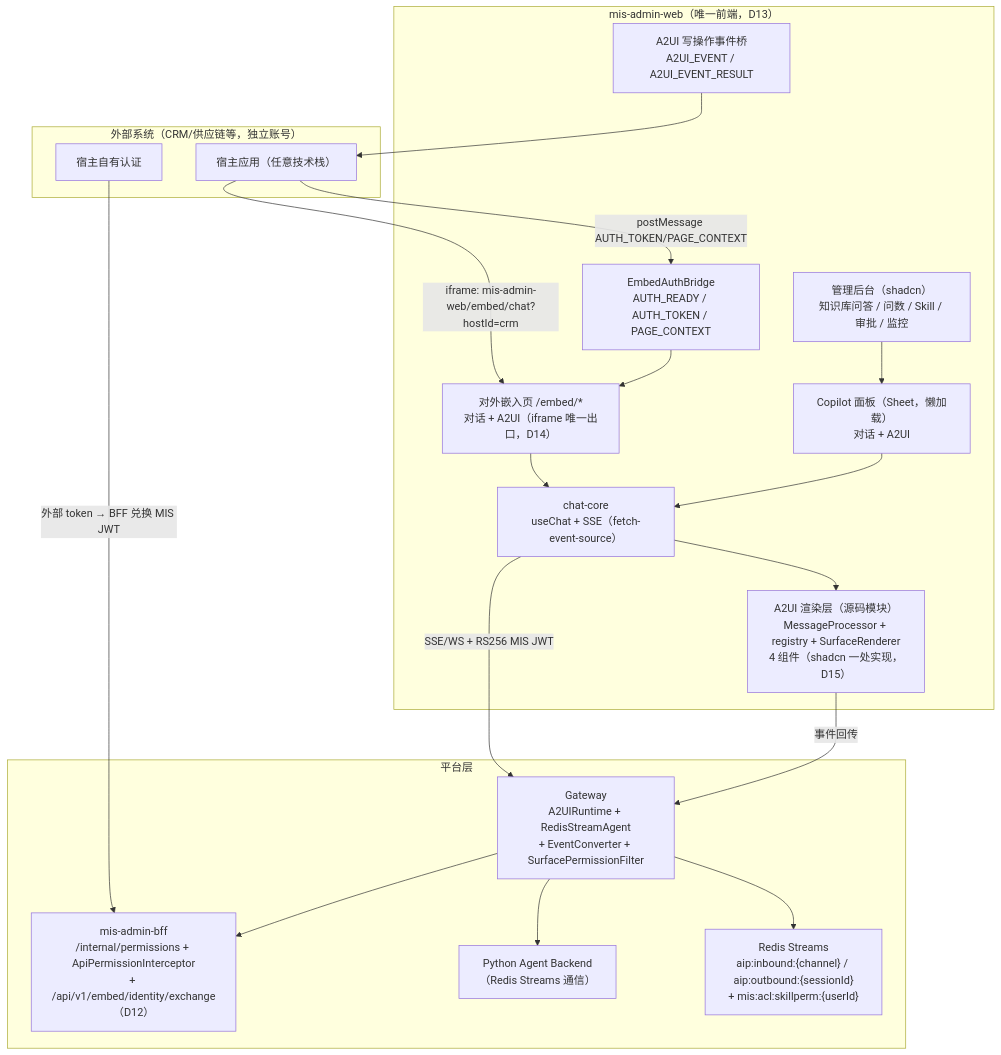
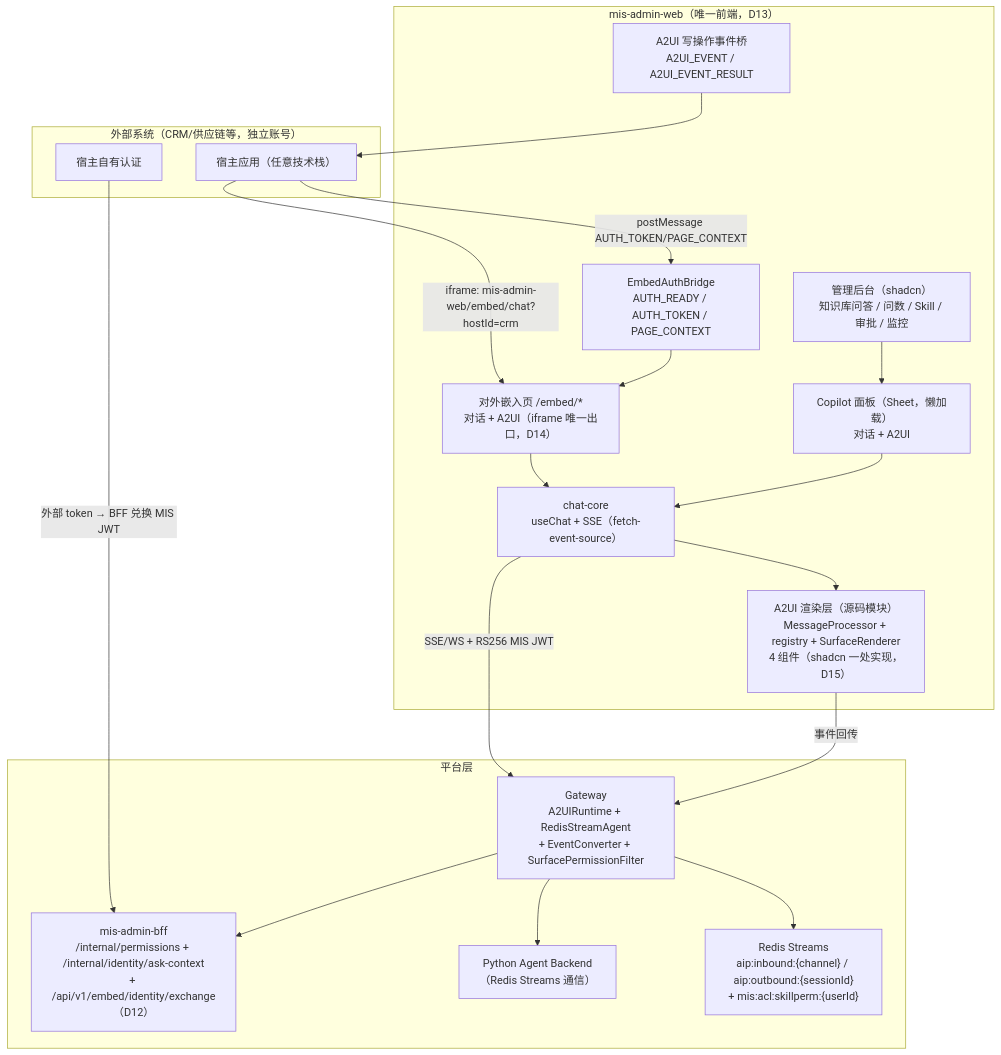
Before and after one commit to 13961588612/mis-platform: the first of 2 diagrams in docs/ai-fusion/a2ui/01-architecture.md, drawn with Mermaid. The commit also changed 35 other files, not shown here.

````diff
--- a/docs/ai-fusion/a2ui/01-architecture.md
+++ b/docs/ai-fusion/a2ui/01-architecture.md
@@ -25,40 +25,40 @@
 ```mermaid
 graph TB
     subgraph External["外部系统（CRM/供应链等，独立账号）"]
         EXT_APP["宿主应用（任意技术栈）"]
         EXT_AUTH["宿主自有认证"]
     end
 
     subgraph MIS["mis-admin-web（唯一前端，D13）"]
         ADMIN["管理后台（shadcn）<br/>知识库问答 / 问数 / Skill / 审批 / 监控"]
         COPILOT["Copilot 面板（Sheet，懒加载）<br/>对话 + A2UI"]
         EMBED["对外嵌入页 /embed/*<br/>对话 + A2UI（iframe 唯一出口，D14）"]
         EMBED_BRIDGE["EmbedAuthBridge<br/>AUTH_READY / AUTH_TOKEN / PAGE_CONTEXT"]
         EVENT_BRIDGE["A2UI 写操作事件桥<br/>A2UI_EVENT / A2UI_EVENT_RESULT"]
         A2UI["A2UI 渲染层（源码模块）<br/>MessageProcessor + registry + SurfaceRenderer<br/>4 组件（shadcn 一处实现，D15）"]
         CHAT_CORE["chat-core<br/>useChat + SSE（fetch-event-source）"]
     end
 
     subgraph Platform["平台层"]
         GW["Gateway<br/>A2UIRuntime + RedisStreamAgent<br/>+ EventConverter + SurfacePermissionFilter"]
-        BFF["mis-admin-bff<br/>/internal/permissions + ApiPermissionInterceptor<br/>+ /api/v1/embed/identity/exchange（D12）"]
+        BFF["mis-admin-bff<br/>/internal/permissions + /internal/identity/ask-context<br/>+ /api/v1/embed/identity/exchange（D12）"]
         PY["Python Agent Backend<br/>（Redis Streams 通信）"]
         REDIS["Redis Streams<br/>aip:inbound:{channel} / aip:outbound:{sessionId}<br/>+ mis:acl:skillperm:{userId}"]
     end
 
     EXT_APP -->|iframe: mis-admin-web/embed/chat?hostId=crm| EMBED
     EXT_APP -->|postMessage AUTH_TOKEN/PAGE_CONTEXT| EMBED_BRIDGE
     EMBED_BRIDGE --> EMBED
     EVENT_BRIDGE --> EXT_APP
     EXT_AUTH -->|外部 token → BFF 兑换 MIS JWT| BFF
 
     ADMIN --> COPILOT
     EMBED --> CHAT_CORE
     COPILOT --> CHAT_CORE
     CHAT_CORE --> A2UI
     CHAT_CORE -->|SSE/WS + RS256 MIS JWT| GW
     A2UI -->|事件回传| GW
     GW --> REDIS
     GW --> BFF
     GW --> PY
 ```
````
